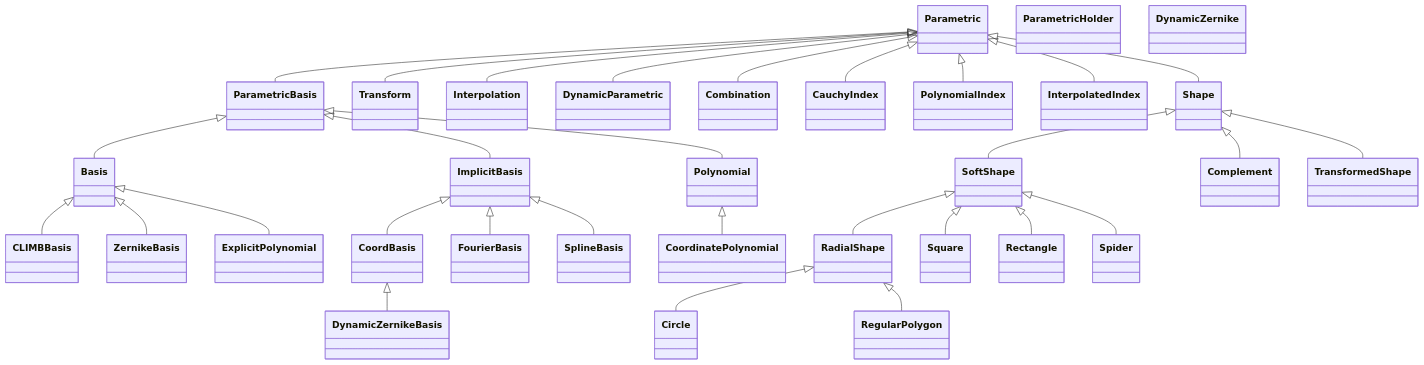
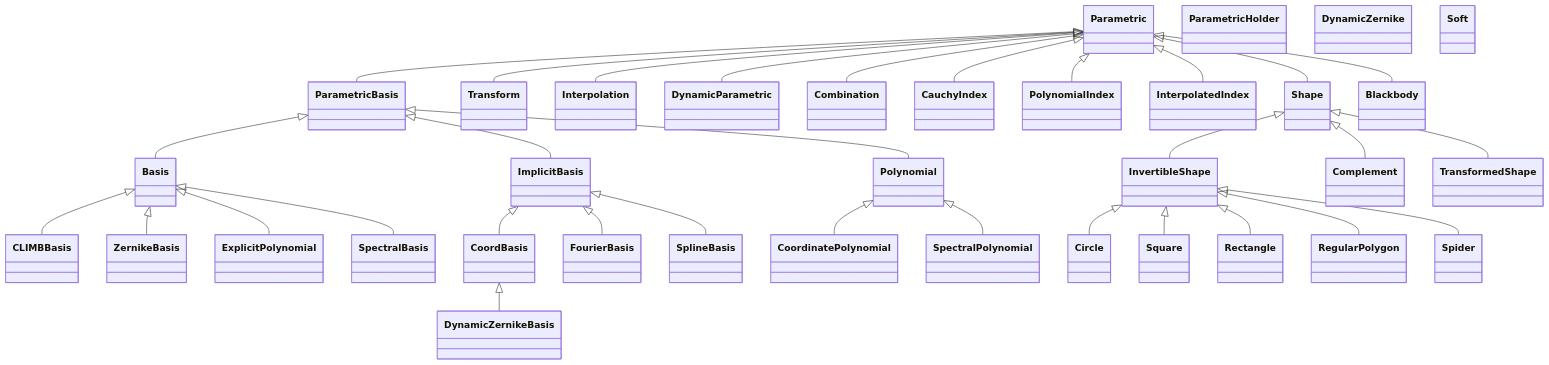
One commit to LouisDesdoigts/dLux changed the diagram in docs/API/parametric/overview.md. Above: the diagram before and after it, drawn with Mermaid. The commit also changed 11 other files, not shown here.

Commit message:
Regenerate API reference and diagrams

````diff
--- a/docs/API/parametric/overview.md
+++ b/docs/API/parametric/overview.md
@@ -27,8 +27,8 @@
     class dLux_parametric_refractive_PolynomialIndex["PolynomialIndex"]
     class dLux_parametric_refractive_InterpolatedIndex["InterpolatedIndex"]
     class dLux_parametric_shapes_Shape["Shape"]
-    class dLux_parametric_shapes_SoftShape["SoftShape"]
-    class dLux_parametric_shapes_RadialShape["RadialShape"]
+    class dLux_parametric_shapes_InvertibleShape["InvertibleShape"]
+    class dLux_parametric_shapes_Soft["Soft"]
     class dLux_parametric_shapes_Circle["Circle"]
     class dLux_parametric_shapes_Square["Square"]
     class dLux_parametric_shapes_Rectangle["Rectangle"]
@@ -36,20 +36,23 @@
     class dLux_parametric_shapes_Spider["Spider"]
     class dLux_parametric_shapes_Complement["Complement"]
     class dLux_parametric_shapes_TransformedShape["TransformedShape"]
+    class dLux_parametric_spectral_SpectralPolynomial["SpectralPolynomial"]
+    class dLux_parametric_spectral_SpectralBasis["SpectralBasis"]
+    class dLux_parametric_spectral_Blackbody["Blackbody"]
     dLux_parametric_parametrics_Parametric <|-- dLux_parametric_bases_ParametricBasis
-    click dLux_parametric_bases_ParametricBasis href "../bases/#dLux.parametric.bases.ParametricBasis" "Attributes: coefficients, basis_shape · Properties: coeffs, c, alpha, coefficient_shape · Methods: evaluate_basis(), solve_basis()"
+    click dLux_parametric_bases_ParametricBasis href "../bases/#dLux.parametric.bases.ParametricBasis" "Attributes: coefficients, shape · Properties: coeffs, c, alpha, coefficient_shape · Methods: evaluate_basis(), solve_basis()"
     dLux_parametric_bases_ParametricBasis <|-- dLux_parametric_bases_Basis
-    click dLux_parametric_bases_Basis href "../bases/#dLux.parametric.bases.Basis" "Attributes: coefficients, basis_shape, basis · Methods: evaluate(), solve_basis()"
+    click dLux_parametric_bases_Basis href "../bases/#dLux.parametric.bases.Basis" "Attributes: coefficients, shape, basis · Methods: evaluate(), solve_basis()"
     dLux_parametric_bases_ParametricBasis <|-- dLux_parametric_bases_ImplicitBasis
-    click dLux_parametric_bases_ImplicitBasis href "../bases/#dLux.parametric.bases.ImplicitBasis" "Attributes: coefficients, basis_shape · Methods: calculate_basis(), evaluate(), solve_basis()"
+    click dLux_parametric_bases_ImplicitBasis href "../bases/#dLux.parametric.bases.ImplicitBasis" "Attributes: coefficients, shape · Methods: calculate_basis(), evaluate(), solve_basis()"
     dLux_parametric_bases_ImplicitBasis <|-- dLux_parametric_bases_CoordBasis
-    click dLux_parametric_bases_CoordBasis href "../bases/#dLux.parametric.bases.CoordBasis" "Attributes: coefficients, basis_shape · Methods: get_coordinates()"
+    click dLux_parametric_bases_CoordBasis href "../bases/#dLux.parametric.bases.CoordBasis" "Attributes: coefficients, shape · Methods: get_coordinates()"
     dLux_parametric_bases_Basis <|-- dLux_parametric_bases_CLIMBBasis
-    click dLux_parametric_bases_CLIMBBasis href "../bases/#dLux.parametric.bases.CLIMBBasis" "Attributes: coefficients, basis_shape, basis, values, oversample · Methods: evaluate_latent(), evaluate()"
+    click dLux_parametric_bases_CLIMBBasis href "../bases/#dLux.parametric.bases.CLIMBBasis" "Attributes: coefficients, shape, basis, values, oversample · Methods: evaluate_latent(), evaluate()"
     dLux_parametric_bases_ImplicitBasis <|-- dLux_parametric_bases_FourierBasis
-    click dLux_parametric_bases_FourierBasis href "../bases/#dLux.parametric.bases.FourierBasis" "Attributes: coefficients, basis_shape, kernels · Methods: calculate_basis(), evaluate(), resize()"
+    click dLux_parametric_bases_FourierBasis href "../bases/#dLux.parametric.bases.FourierBasis" "Attributes: coefficients, shape, kernels · Methods: calculate_basis(), evaluate(), resize()"
     dLux_parametric_bases_ImplicitBasis <|-- dLux_parametric_bases_SplineBasis
-    click dLux_parametric_bases_SplineBasis href "../bases/#dLux.parametric.bases.SplineBasis" "Attributes: coefficients, basis_shape, knot_coords, sample_coords, method · Methods: calculate_basis(), evaluate()"
+    click dLux_parametric_bases_SplineBasis href "../bases/#dLux.parametric.bases.SplineBasis" "Attributes: coefficients, shape, knot_coords, sample_coords, method · Methods: calculate_basis(), evaluate()"
     click dLux_parametric_parametrics_Parametric href "../parametrics/#dLux.parametric.parametrics.Parametric" "Methods: evaluate(), map(), integrate()"
     click dLux_parametric_parametrics_ParametricHolder href "../parametrics/#dLux.parametric.parametrics.ParametricHolder" "Methods: resolve()"
     dLux_parametric_parametrics_Parametric <|-- dLux_parametric_parametrics_Transform
@@ -62,15 +65,15 @@
     click dLux_parametric_parametrics_Combination href "../parametrics/#dLux.parametric.parametrics.Combination" "Attributes: parametrics, operation · Methods: validate_operation(), combine(), values(), evaluate()"
     click dLux_parametric_polynomials_DynamicZernike href "../polynomials/#dLux.parametric.polynomials.DynamicZernike" "Attributes: j, n, m, name, _c, _k · Methods: calculate()"
     dLux_parametric_bases_Basis <|-- dLux_parametric_polynomials_ZernikeBasis
-    click dLux_parametric_polynomials_ZernikeBasis href "../polynomials/#dLux.parametric.polynomials.ZernikeBasis" "Attributes: coefficients, basis_shape, basis"
+    click dLux_parametric_polynomials_ZernikeBasis href "../polynomials/#dLux.parametric.polynomials.ZernikeBasis" "Attributes: coefficients, shape, basis"
     dLux_parametric_bases_CoordBasis <|-- dLux_parametric_polynomials_DynamicZernikeBasis
-    click dLux_parametric_polynomials_DynamicZernikeBasis href "../polynomials/#dLux.parametric.polynomials.DynamicZernikeBasis" "Attributes: coefficients, basis_shape, zernikes, nsides, diameter · Methods: calculate_basis()"
+    click dLux_parametric_polynomials_DynamicZernikeBasis href "../polynomials/#dLux.parametric.polynomials.DynamicZernikeBasis" "Attributes: coefficients, shape, zernikes, nsides, diameter · Methods: calculate_basis()"
     dLux_parametric_bases_ParametricBasis <|-- dLux_parametric_polynomials_Polynomial
-    click dLux_parametric_polynomials_Polynomial href "../polynomials/#dLux.parametric.polynomials.Polynomial" "Attributes: coefficients, basis_shape, powers · Methods: calculate_basis(), evaluate(), solve_basis()"
+    click dLux_parametric_polynomials_Polynomial href "../polynomials/#dLux.parametric.polynomials.Polynomial" "Attributes: coefficients, shape, powers · Methods: calculate_basis(), evaluate(), solve_basis()"
     dLux_parametric_bases_Basis <|-- dLux_parametric_polynomials_ExplicitPolynomial
-    click dLux_parametric_polynomials_ExplicitPolynomial href "../polynomials/#dLux.parametric.polynomials.ExplicitPolynomial" "Attributes: coefficients, basis_shape, basis, powers"
+    click dLux_parametric_polynomials_ExplicitPolynomial href "../polynomials/#dLux.parametric.polynomials.ExplicitPolynomial" "Attributes: coefficients, shape, basis, powers"
     dLux_parametric_polynomials_Polynomial <|-- dLux_parametric_polynomials_CoordinatePolynomial
-    click dLux_parametric_polynomials_CoordinatePolynomial href "../polynomials/#dLux.parametric.polynomials.CoordinatePolynomial" "Attributes: coefficients, basis_shape, powers, ndim · Methods: calculate_basis()"
+    click dLux_parametric_polynomials_CoordinatePolynomial href "../polynomials/#dLux.parametric.polynomials.CoordinatePolynomial" "Attributes: coefficients, shape, powers, ndim · Methods: calculate_basis()"
     dLux_parametric_parametrics_Parametric <|-- dLux_parametric_refractive_CauchyIndex
     click dLux_parametric_refractive_CauchyIndex href "../refractive/#dLux.parametric.refractive.CauchyIndex" "Attributes: coefficients, scale · Methods: evaluate()"
     dLux_parametric_parametrics_Parametric <|-- dLux_parametric_refractive_PolynomialIndex
@@ -79,22 +82,27 @@
     click dLux_parametric_refractive_InterpolatedIndex href "../refractive/#dLux.parametric.refractive.InterpolatedIndex" "Attributes: wavelengths, indices, method, extrapolate · Methods: evaluate()"
     dLux_parametric_parametrics_Parametric <|-- dLux_parametric_shapes_Shape
     click dLux_parametric_shapes_Shape href "../shapes/#dLux.parametric.shapes.Shape" "Properties: extent"
-    dLux_parametric_shapes_Shape <|-- dLux_parametric_shapes_SoftShape
-    click dLux_parametric_shapes_SoftShape href "../shapes/#dLux.parametric.shapes.SoftShape" "Attributes: softening · Methods: clip()"
-    dLux_parametric_shapes_SoftShape <|-- dLux_parametric_shapes_RadialShape
-    click dLux_parametric_shapes_RadialShape href "../shapes/#dLux.parametric.shapes.RadialShape" "Attributes: softening, diameter · Properties: extent"
-    dLux_parametric_shapes_RadialShape <|-- dLux_parametric_shapes_Circle
-    click dLux_parametric_shapes_Circle href "../shapes/#dLux.parametric.shapes.Circle" "Attributes: softening, diameter · Methods: evaluate()"
-    dLux_parametric_shapes_SoftShape <|-- dLux_parametric_shapes_Square
-    click dLux_parametric_shapes_Square href "../shapes/#dLux.parametric.shapes.Square" "Attributes: softening, width · Properties: extent · Methods: evaluate()"
-    dLux_parametric_shapes_SoftShape <|-- dLux_parametric_shapes_Rectangle
-    click dLux_parametric_shapes_Rectangle href "../shapes/#dLux.parametric.shapes.Rectangle" "Attributes: softening, width, height · Properties: extent · Methods: evaluate()"
-    dLux_parametric_shapes_RadialShape <|-- dLux_parametric_shapes_RegularPolygon
-    click dLux_parametric_shapes_RegularPolygon href "../shapes/#dLux.parametric.shapes.RegularPolygon" "Attributes: softening, diameter, nsides · Methods: evaluate()"
-    dLux_parametric_shapes_SoftShape <|-- dLux_parametric_shapes_Spider
-    click dLux_parametric_shapes_Spider href "../shapes/#dLux.parametric.shapes.Spider" "Attributes: softening, width, angles · Methods: evaluate()"
+    dLux_parametric_shapes_Shape <|-- dLux_parametric_shapes_InvertibleShape
+    click dLux_parametric_shapes_InvertibleShape href "../shapes/#dLux.parametric.shapes.InvertibleShape" "Attributes: edge, invert · Methods: evaluate(), evaluate_hard(), evaluate_soft()"
+    click dLux_parametric_shapes_Soft href "../shapes/#dLux.parametric.shapes.Soft" "Attributes: pixels · Methods: clip()"
+    dLux_parametric_shapes_InvertibleShape <|-- dLux_parametric_shapes_Circle
+    click dLux_parametric_shapes_Circle href "../shapes/#dLux.parametric.shapes.Circle" "Attributes: diameter · Properties: extent · Methods: evaluate_hard(), evaluate_soft()"
+    dLux_parametric_shapes_InvertibleShape <|-- dLux_parametric_shapes_Square
+    click dLux_parametric_shapes_Square href "../shapes/#dLux.parametric.shapes.Square" "Attributes: width · Properties: extent · Methods: evaluate_hard(), evaluate_soft()"
+    dLux_parametric_shapes_InvertibleShape <|-- dLux_parametric_shapes_Rectangle
+    click dLux_parametric_shapes_Rectangle href "../shapes/#dLux.parametric.shapes.Rectangle" "Attributes: width, height · Properties: extent · Methods: evaluate_hard(), evaluate_soft()"
+    dLux_parametric_shapes_InvertibleShape <|-- dLux_parametric_shapes_RegularPolygon
+    click dLux_parametric_shapes_RegularPolygon href "../shapes/#dLux.parametric.shapes.RegularPolygon" "Attributes: diameter, nsides · Properties: extent · Methods: evaluate_hard(), evaluate_soft()"
+    dLux_parametric_shapes_InvertibleShape <|-- dLux_parametric_shapes_Spider
+    click dLux_parametric_shapes_Spider href "../shapes/#dLux.parametric.shapes.Spider" "Attributes: width, angles · Methods: evaluate_hard(), evaluate_soft()"
     dLux_parametric_shapes_Shape <|-- dLux_parametric_shapes_Complement
     click dLux_parametric_shapes_Complement href "../shapes/#dLux.parametric.shapes.Complement" "Attributes: shape · Properties: extent · Methods: evaluate()"
     dLux_parametric_shapes_Shape <|-- dLux_parametric_shapes_TransformedShape
     click dLux_parametric_shapes_TransformedShape href "../shapes/#dLux.parametric.shapes.TransformedShape" "Attributes: shape, transformation · Properties: extent · Methods: evaluate()"
+    dLux_parametric_polynomials_Polynomial <|-- dLux_parametric_spectral_SpectralPolynomial
+    click dLux_parametric_spectral_SpectralPolynomial href "../spectral/#dLux.parametric.spectral.SpectralPolynomial" "Attributes: normalise · Methods: evaluate()"
+    dLux_parametric_bases_Basis <|-- dLux_parametric_spectral_SpectralBasis
+    click dLux_parametric_spectral_SpectralBasis href "../spectral/#dLux.parametric.spectral.SpectralBasis" "Attributes: normalise · Methods: evaluate()"
+    dLux_parametric_parametrics_Parametric <|-- dLux_parametric_spectral_Blackbody
+    click dLux_parametric_spectral_Blackbody href "../spectral/#dLux.parametric.spectral.Blackbody" "Attributes: temperature, normalise · Methods: evaluate()"
 ```
````
